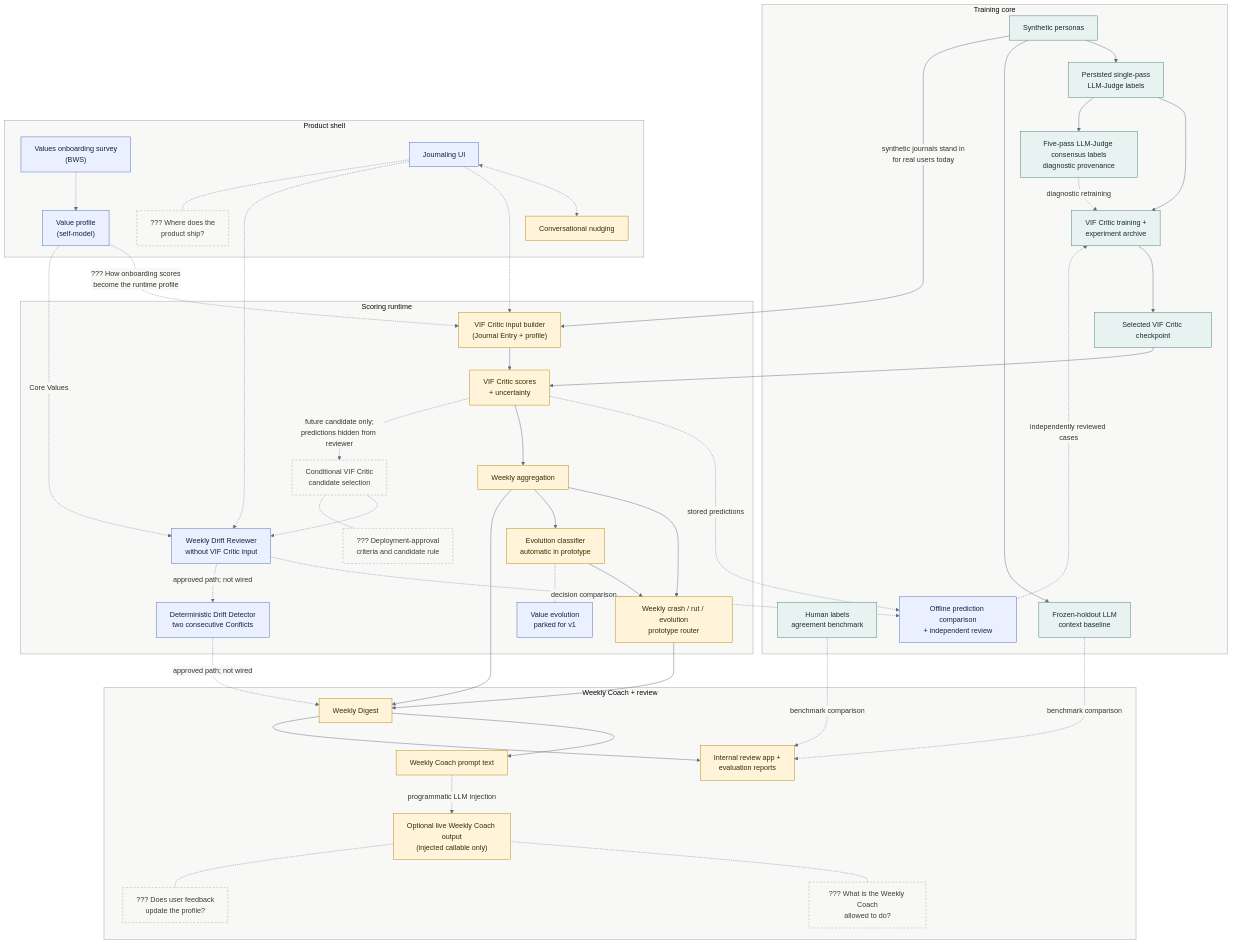
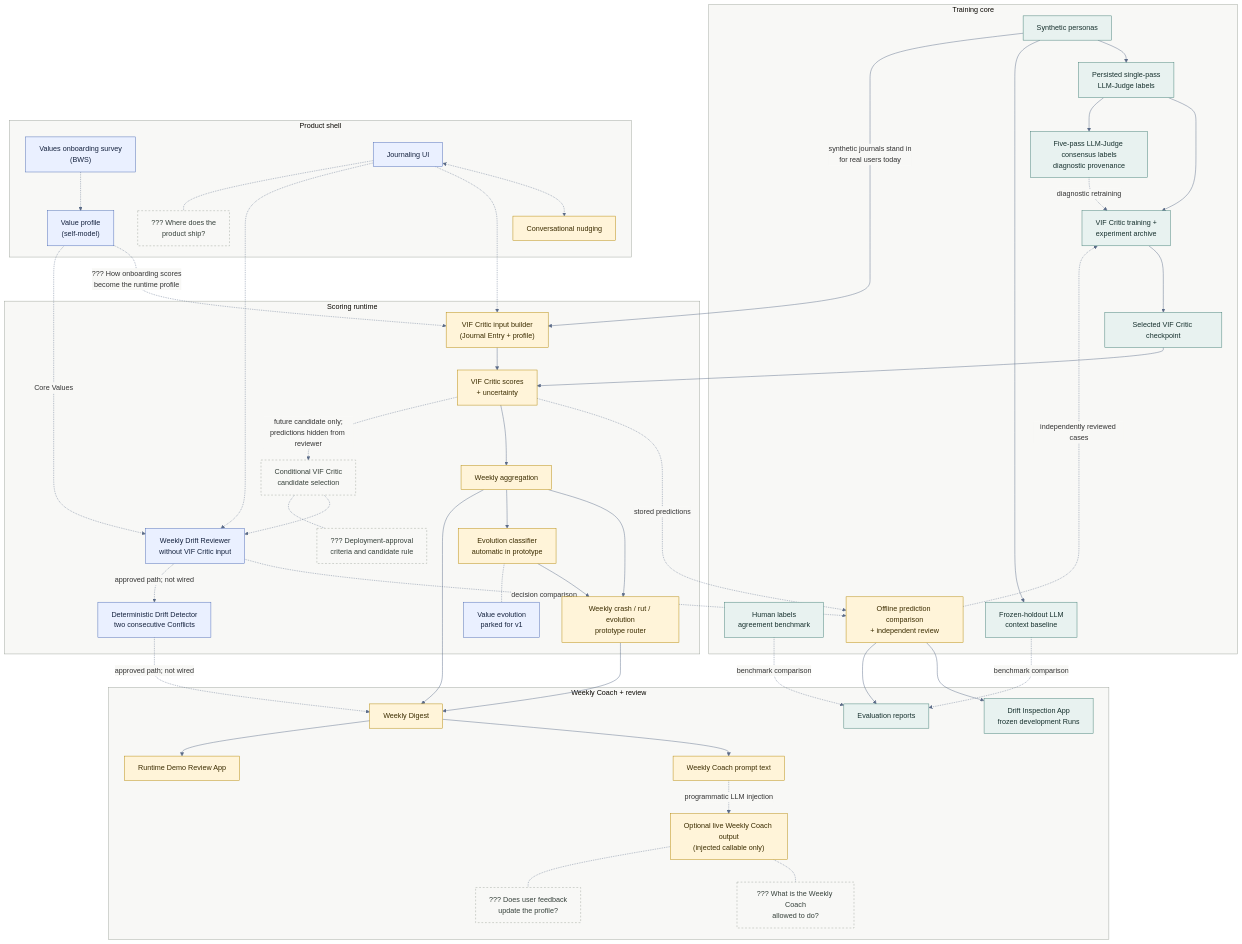
Before and after one commit to DesmondChoy/twinkl: the diagram in docs/architecture/e2e_architecture.md, drawn with Mermaid. The commit also changed other lines of this file and 9 other files, not shown here.

````diff
--- a/docs/architecture/e2e_architecture.md
+++ b/docs/architecture/e2e_architecture.md
@@ -68,7 +68,9 @@
         digest["Weekly Digest"]
         prompt["Weekly Coach prompt text"]
         narrative["Optional live Weekly Coach output<br/>(injected callable only)"]
-        review["Internal review app +<br/>evaluation reports"]
+        runtime_review["Runtime Demo Review App"]
+        drift_review["Drift Inspection App<br/>frozen development Runs"]
+        reports["Evaluation reports"]
         d_boundary["??? What is the Weekly Coach<br/>allowed to do?"]
         d_feedback["??? Does user feedback<br/>update the profile?"]
     end
@@ -78,13 +80,15 @@
     judge --> consensus
     consensus -. "diagnostic retraining" .-> critic_train
     personas --> llm_baseline
-    llm_baseline -. "benchmark comparison" .-> review
+    llm_baseline -. "benchmark comparison" .-> reports
     scores -. "stored predictions" .-> offline_review
     reviewer -. "decision comparison" .-> offline_review
     offline_review -. "independently reviewed cases" .-> critic_train
+    offline_review --> drift_review
+    offline_review --> reports
 
     %% Human benchmark, not label production
-    annotation -. "benchmark comparison" .-> review
+    annotation -. "benchmark comparison" .-> reports
 
     %% Product shell (specified, not wired to real users yet)
     onboarding -.-> profile
@@ -111,7 +115,7 @@
     drift_v1 -. "approved path; not wired" .-> digest
     digest --> prompt
     prompt -. "programmatic LLM injection" .-> narrative
-    digest --> review
+    digest --> runtime_review
 
     %% Open decisions attached to where they bite
     journaling -.- d_surface
@@ -120,8 +124,8 @@
     narrative -.- d_boundary
     narrative -.- d_feedback
 
-    class personas,judge,consensus,annotation,critic_train,checkpoint,llm_baseline implemented;
-    class state,scores,weekly,drift,evolution,digest,prompt,narrative,review,nudges partial;
-    class onboarding,profile,journaling,reviewer,drift_v1,offline_review,d_evolution specified;
+    class personas,judge,consensus,annotation,critic_train,checkpoint,llm_baseline,drift_review,reports implemented;
+    class state,scores,weekly,drift,evolution,digest,prompt,narrative,runtime_review,offline_review,nudges partial;
+    class onboarding,profile,journaling,reviewer,drift_v1,d_evolution specified;
     class candidate,d_surface,d_trigger,d_boundary,d_feedback decision;
 ```
````
